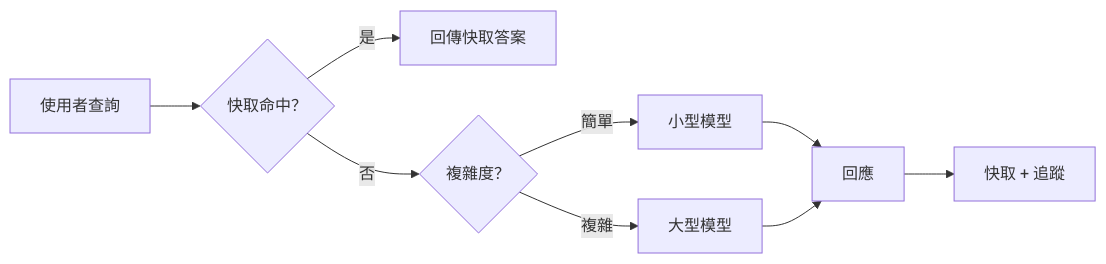
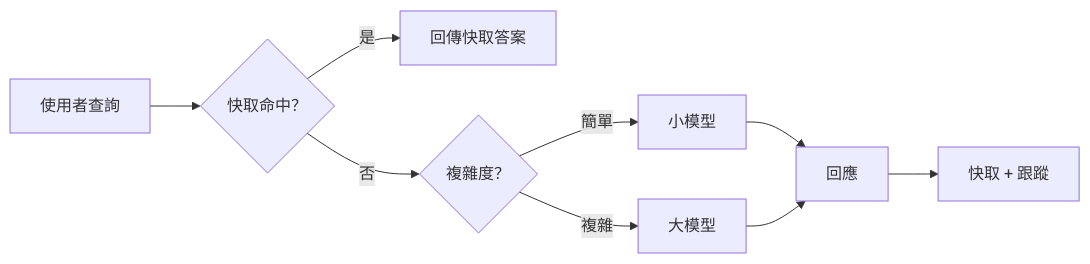
The third of 4 diagrams in mirrors/repos/microsoft@ai-agents-for-beginners/translations/zh-TW/16-deploying-scalable-agents/README.md (gabrielmoreira/agent-skills-mirror), drawn with Mermaid before and after one commit. The commit also changed other lines of this file and 4262 other files, not shown here.

````diff
--- a/mirrors/repos/microsoft@ai-agents-for-beginners/translations/zh-TW/16-deploying-scalable-agents/README.md
+++ b/mirrors/repos/microsoft@ai-agents-for-beginners/translations/zh-TW/16-deploying-scalable-agents/README.md
@@ -134,11 +134,11 @@
 ```mermaid
 flowchart LR
     Q[使用者查詢] --> C{快取命中？}
     C -->|是| R[回傳快取答案]
     C -->|否| Router{複雜度？}
-    Router -->|簡單| SLM[小型模型]
-    Router -->|複雜| LLM[大型模型]
+    Router -->|簡單| SLM[小模型]
+    Router -->|複雜| LLM[大模型]
     SLM --> Out[回應]
     LLM --> Out
-    Out --> Store[快取 + 追蹤]
+    Out --> Store[快取 + 跟蹤]
 ```
````
